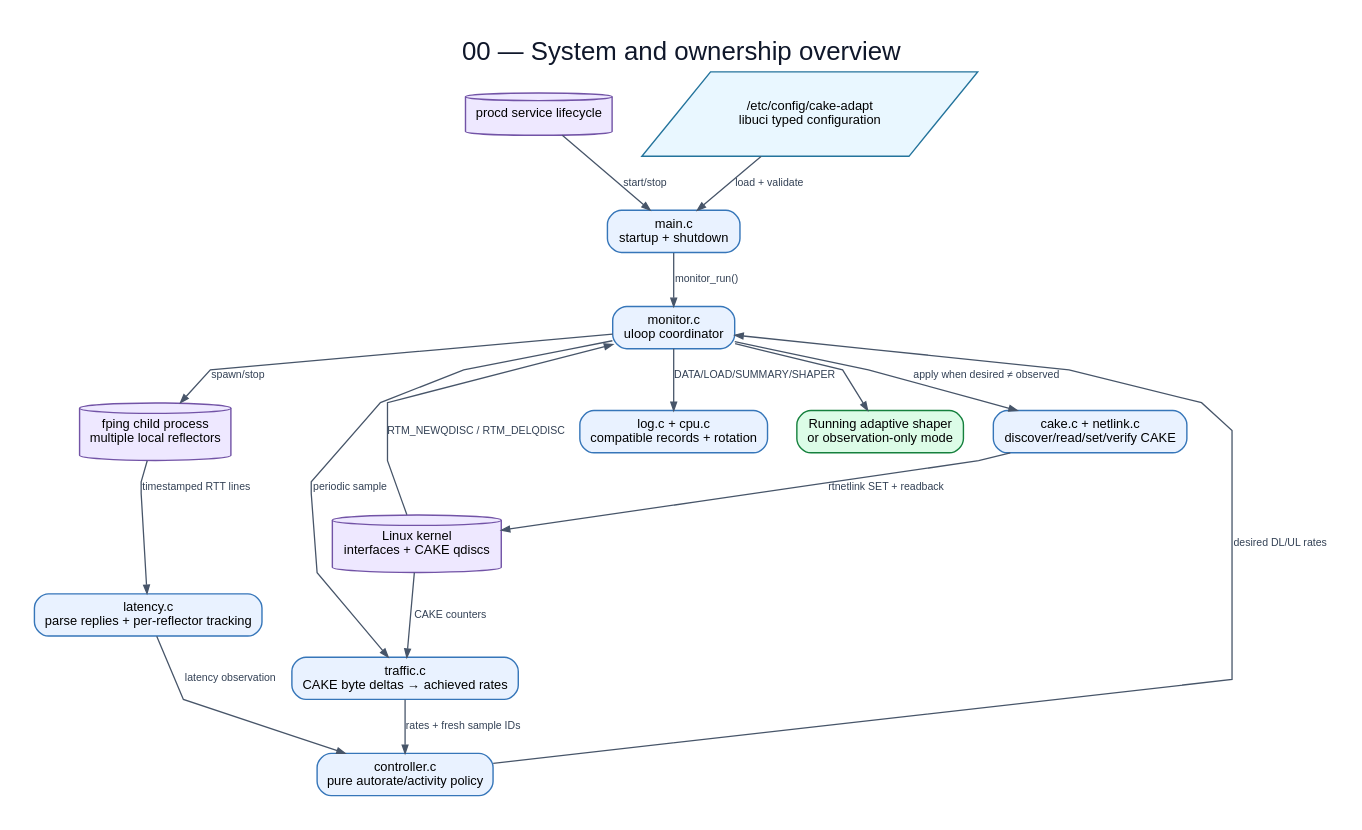
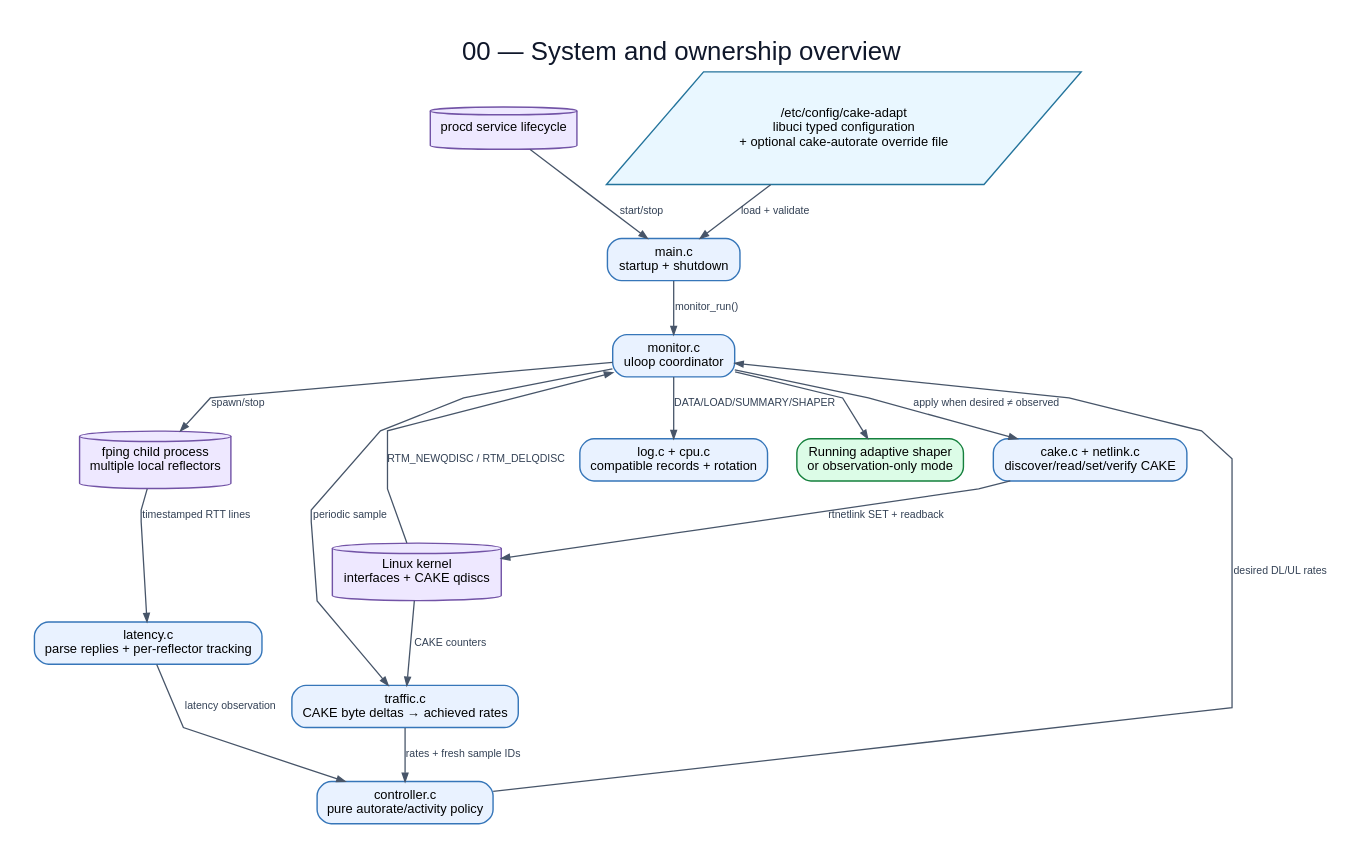
One commit to huydoan94/cake-adapt changed the diagram in flowchart/diagrams/00-system-overview.dot. Above: the diagram before and after it, drawn with Graphviz. The commit also changed 19 other files, not shown here.

Commit message:
Allow loading external config in cake-autorate style

```diff
--- a/flowchart/diagrams/00-system-overview.dot
+++ b/flowchart/diagrams/00-system-overview.dot
@@ -1,32 +1,32 @@
 digraph G {
   graph [rankdir=TB,bgcolor="white",pad="0.30",nodesep="0.35",ranksep="0.48",splines=polyline,fontname="Arial",label="00 — System and ownership overview",labelloc=t,fontsize=22,fontcolor="#0f172a"];
   node [fontname="Arial",fontsize=11,margin="0.14,0.09",penwidth=1.2];
   edge [fontname="Arial",fontsize=9,color="#475569",fontcolor="#334155",arrowsize=0.7,penwidth=1.1];
   procd [label="procd service lifecycle",shape=cylinder,style="filled",fillcolor="#eee8ff",color="#7253a6"];
-  uci [label="/etc/config/cake-adapt\nlibuci typed configuration",shape=parallelogram,style="filled",fillcolor="#e9f7ff",color="#24749c"];
+  uci [label="/etc/config/cake-adapt\nlibuci typed configuration\n+ optional cake-autorate override file",shape=parallelogram,style="filled",fillcolor="#e9f7ff",color="#24749c"];
   main [label="main.c\nstartup + shutdown",shape=box,style="rounded,filled",fillcolor="#e9f2ff",color="#3676b9"];
   monitor [label="monitor.c\nuloop coordinator",shape=box,style="rounded,filled",fillcolor="#e9f2ff",color="#3676b9"];
   kernel [label="Linux kernel\ninterfaces + CAKE qdiscs",shape=cylinder,style="filled",fillcolor="#eee8ff",color="#7253a6"];
   traffic [label="traffic.c\nCAKE byte deltas → achieved rates",shape=box,style="rounded,filled",fillcolor="#e9f2ff",color="#3676b9"];
   fping [label="fping child process\nmultiple local reflectors",shape=cylinder,style="filled",fillcolor="#eee8ff",color="#7253a6"];
   latency [label="latency.c\nparse replies + per-reflector tracking",shape=box,style="rounded,filled",fillcolor="#e9f2ff",color="#3676b9"];
   controller [label="controller.c\npure autorate/activity policy",shape=box,style="rounded,filled",fillcolor="#e9f2ff",color="#3676b9"];
   cake [label="cake.c + netlink.c\ndiscover/read/set/verify CAKE",shape=box,style="rounded,filled",fillcolor="#e9f2ff",color="#3676b9"];
   logging [label="log.c + cpu.c\ncompatible records + rotation",shape=box,style="rounded,filled",fillcolor="#e9f2ff",color="#3676b9"];
   result [label="Running adaptive shaper\nor observation-only mode",shape=box,style="rounded,filled,bold",fillcolor="#dcfce7",color="#15803d"];
   procd -> main [label="start/stop"];
   uci -> main [label="load + validate"];
   main -> monitor [label="monitor_run()"];
   kernel -> traffic [label="CAKE counters"];
   monitor -> traffic [label="periodic sample"];
   monitor -> fping [label="spawn/stop"];
   fping -> latency [label="timestamped RTT lines"];
   latency -> controller [label="latency observation"];
   traffic -> controller [label="rates + fresh sample IDs"];
   controller -> monitor [label="desired DL/UL rates"];
   monitor -> cake [label="apply when desired ≠ observed"];
   cake -> kernel [label="rtnetlink SET + readback"];
   monitor -> logging [label="DATA/LOAD/SUMMARY/SHAPER"];
   monitor -> result;
   kernel -> monitor [label="RTM_NEWQDISC / RTM_DELQDISC"];
 }
```
